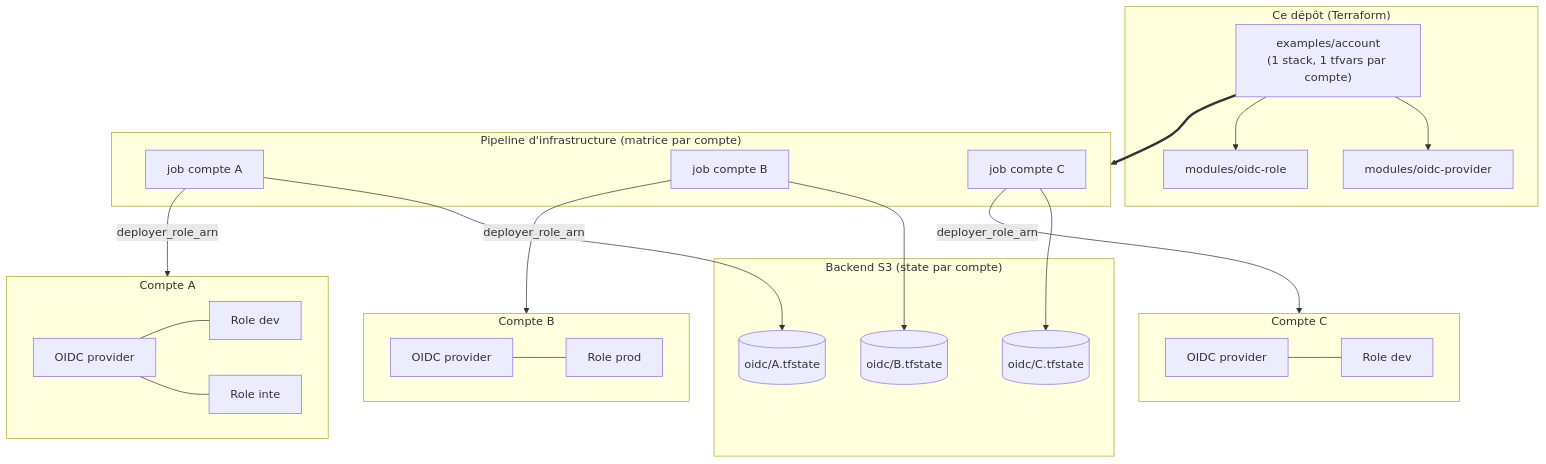
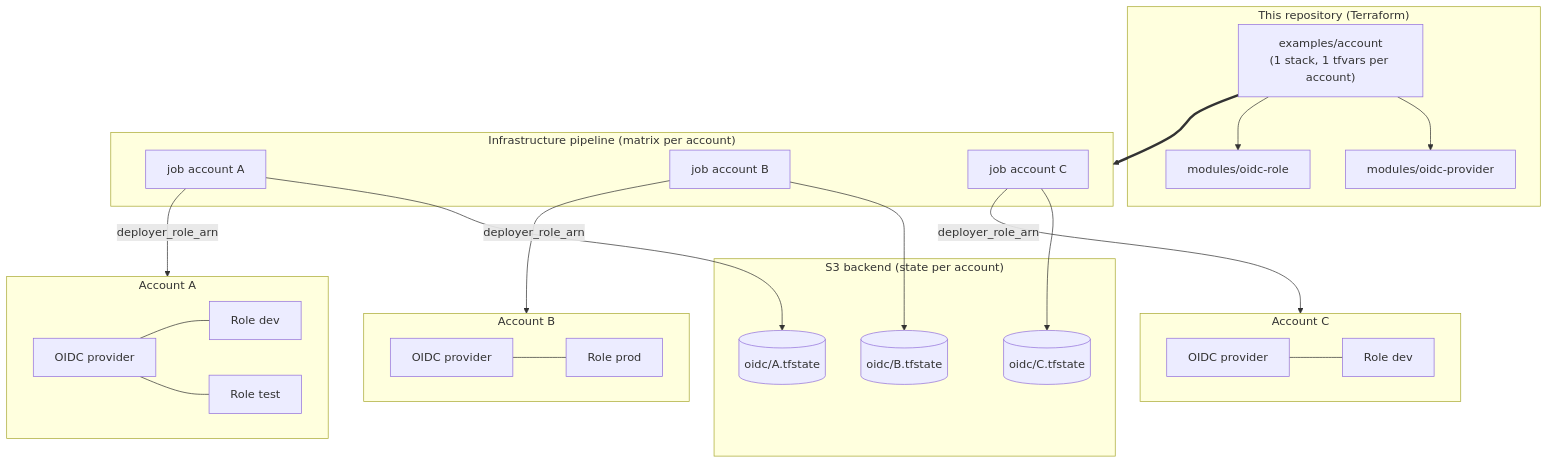
Before and after one commit to galiceau/azdo-aws-oidc: the second of 3 diagrams in docs/architecture.md, drawn with Mermaid. The commit also changed other lines of this file, not shown here.

Commit message:
docs: translate architecture diagrams to English

````diff
--- a/docs/architecture.md
+++ b/docs/architecture.md
@@ -41,42 +41,42 @@
 ```mermaid
 flowchart TB
-    subgraph REPO["Ce dépôt (Terraform)"]
+    subgraph REPO["This repository (Terraform)"]
         MP[modules/oidc-provider]
         MR[modules/oidc-role]
-        STACK["examples/account<br/>(1 stack, 1 tfvars par compte)"]
+        STACK["examples/account<br/>(1 stack, 1 tfvars per account)"]
         STACK --> MP
         STACK --> MR
     end
 
-    subgraph PIPE["Pipeline d'infrastructure (matrice par compte)"]
-        J1[job compte A]
-        J2[job compte B]
-        J3[job compte C]
+    subgraph PIPE["Infrastructure pipeline (matrix per account)"]
+        J1[job account A]
+        J2[job account B]
+        J3[job account C]
     end
 
     STACK ==> PIPE
 
-    subgraph BACKEND["Backend S3 (state par compte)"]
+    subgraph BACKEND["S3 backend (state per account)"]
         S1[(oidc/A.tfstate)]
         S2[(oidc/B.tfstate)]
         S3[(oidc/C.tfstate)]
     end
 
     J1 --> S1
     J2 --> S2
     J3 --> S3
 
-    subgraph A["Compte A"]
-        PA[OIDC provider] --- RA1[Role dev] & RA2[Role inte]
+    subgraph A["Account A"]
+        PA[OIDC provider] --- RA1[Role dev] & RA2[Role test]
     end
-    subgraph B["Compte B"]
+    subgraph B["Account B"]
         PB[OIDC provider] --- RB1[Role prod]
     end
-    subgraph C["Compte C"]
+    subgraph C["Account C"]
         PC[OIDC provider] --- RC1[Role dev]
     end
 
     J1 -- "deployer_role_arn" --> A
     J2 -- "deployer_role_arn" --> B
     J3 -- "deployer_role_arn" --> C
 ```
````
